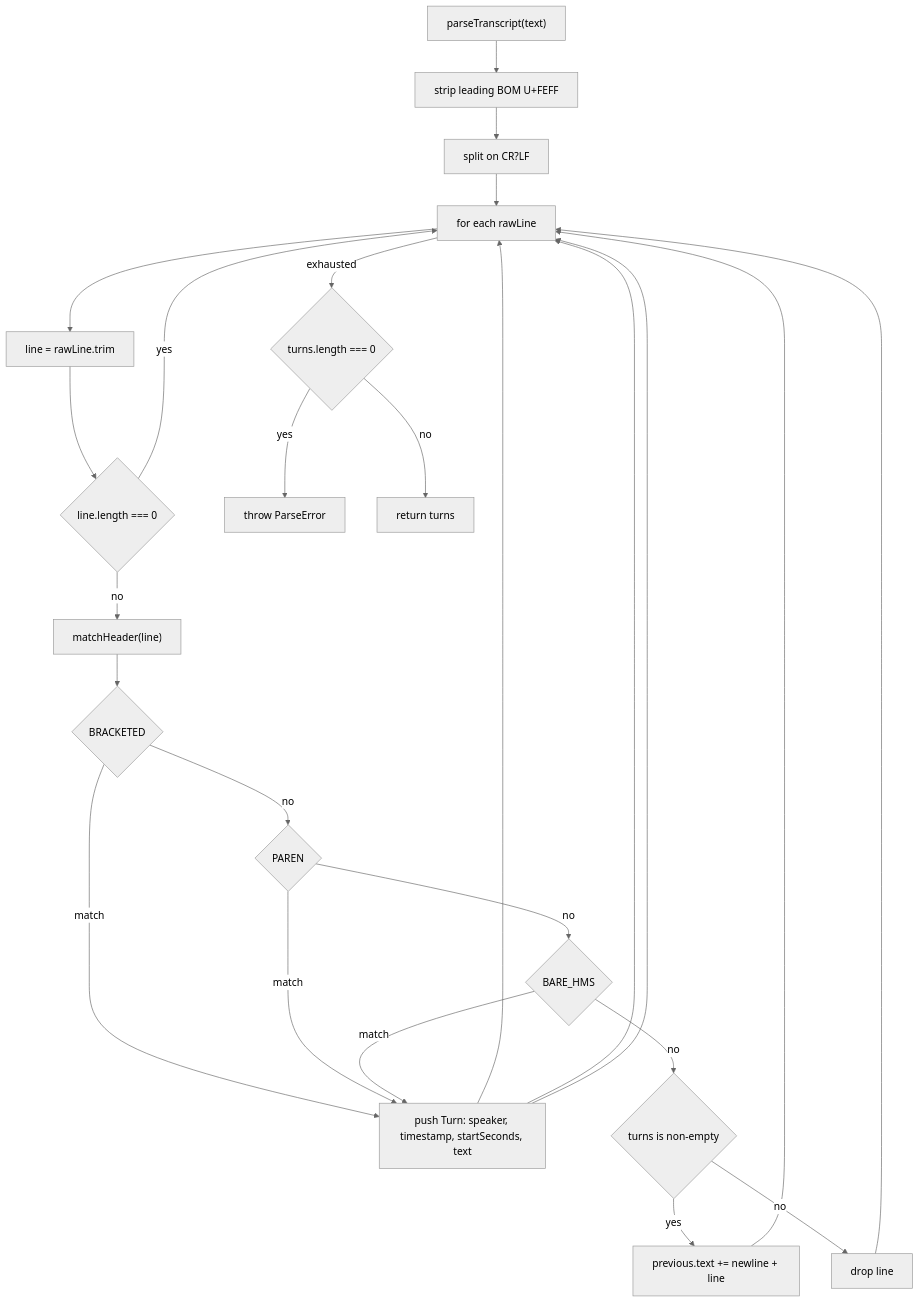
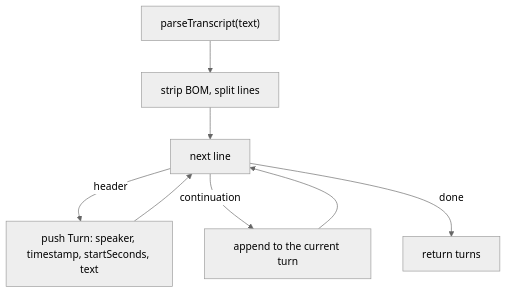
One commit to adamrefaey/meeting-intelligence changed the second of 6 diagrams in docs/flows/ingestion.md. Above: the diagram before and after it, drawn with Mermaid (neutral theme). The commit also changed other lines of this file and 2 other files, not shown here.

````diff
--- a/docs/flows/ingestion.md
+++ b/docs/flows/ingestion.md
@@ -98,35 +38,14 @@
 ```mermaid
 flowchart TD
   start["parseTranscript(text)"]
-  bom["strip leading BOM U+FEFF"]
-  split["split on CR?LF"]
-  each["for each rawLine"]
-  trim["line = rawLine.trim"]
-  blank{"line.length === 0"}
-  header["matchHeader(line)"]
-  bracketed{"BRACKETED"}
-  paren{"PAREN"}
-  bare{"BARE_HMS"}
+  split["strip BOM, split lines"]
+  line["next line"]
   push["push Turn: speaker, timestamp, startSeconds, text"]
-  prev{"turns is non-empty"}
-  cont["previous.text += newline + line"]
-  drop["drop line"]
-  done{"turns.length === 0"}
-  err["throw ParseError"]
+  cont["append to the current turn"]
   ok["return turns"]
 
-  start --> bom --> split --> each --> trim --> blank
-  blank -->|yes| each
-  blank -->|no| header --> bracketed
-  bracketed -->|match| push --> each
-  bracketed -->|no| paren
-  paren -->|match| push --> each
-  paren -->|no| bare
-  bare -->|match| push --> each
-  bare -->|no| prev
-  prev -->|yes| cont --> each
-  prev -->|no| drop --> each
-  each -->|exhausted| done
-  done -->|yes| err
-  done -->|no| ok
+  start --> split --> line
+  line -->|header| push --> line
+  line -->|continuation| cont --> line
+  line -->|done| ok
 ```
````
